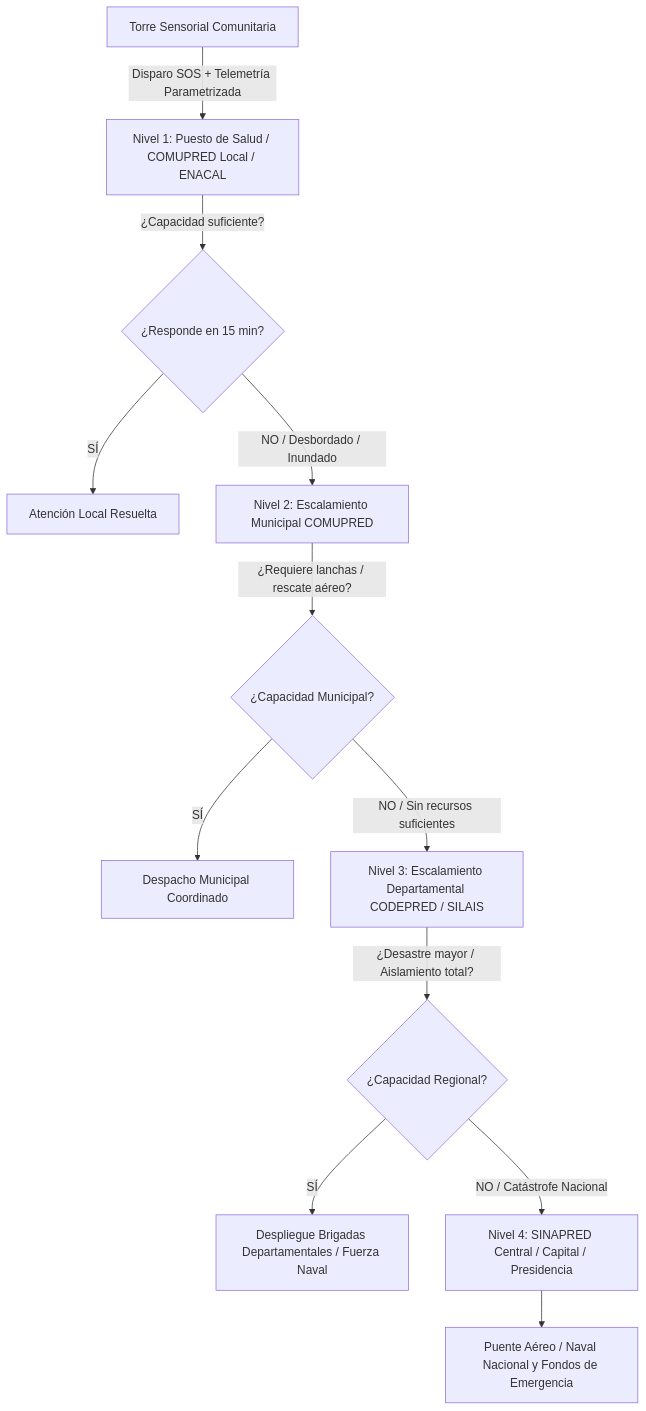
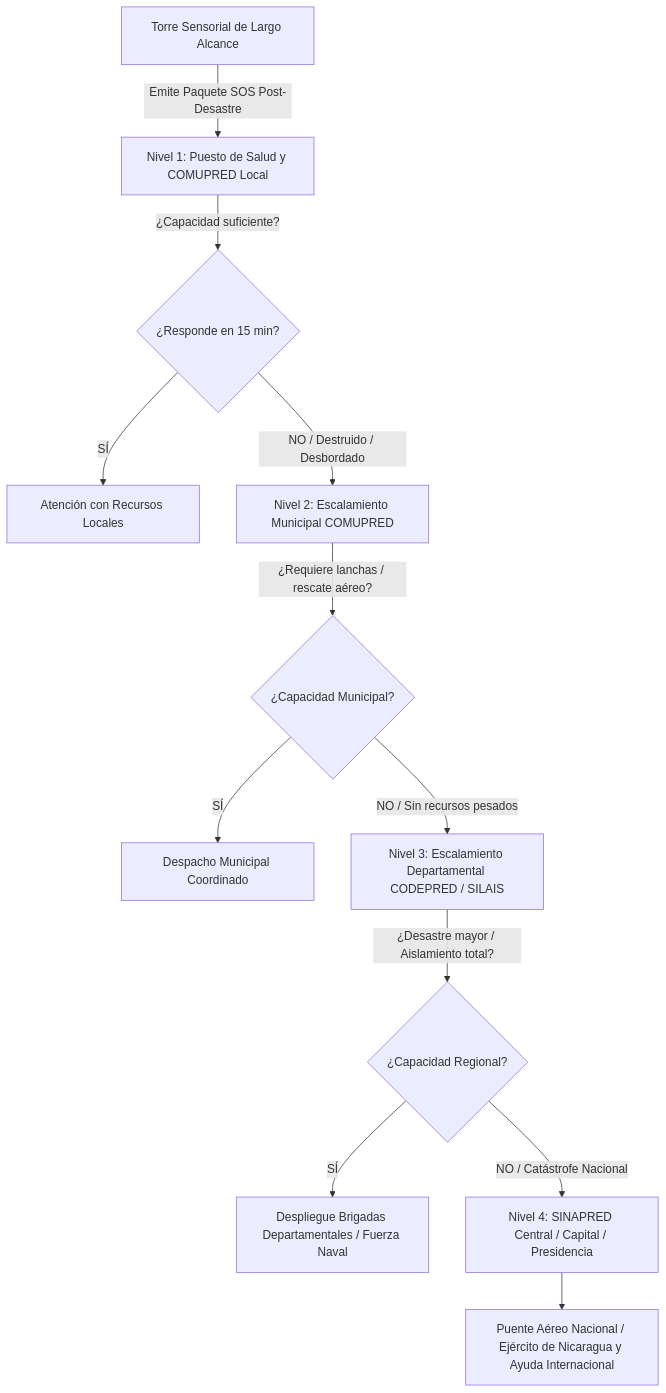
Before and after one commit to Gakilol/Rally-Latinoamericano: the diagram in PROPUESTA_TECNICA.md, drawn with Mermaid. The commit also changed other lines of this file and 1 other file, not shown here.

Commit message:
refactor: enfoque exclusivo al 100% en la Post-Emergencia (Desafio 9)

````diff
--- a/PROPUESTA_TECNICA.md
+++ b/PROPUESTA_TECNICA.md
@@ -125,18 +122,18 @@
 ```mermaid
 graph TD
-    T[Torre Sensorial Comunitaria] -->|Disparo SOS + Telemetría Parametrizada| L[Nivel 1: Puesto de Salud / COMUPRED Local / ENACAL]
+    T[Torre Sensorial de Largo Alcance] -->|Emite Paquete SOS Post-Desastre| L[Nivel 1: Puesto de Salud y COMUPRED Local]
     L -->|¿Capacidad suficiente?| D1{¿Responde en 15 min?}
     
-    D1 -->|SÍ| S1[Atención Local Resuelta]
-    D1 -->|NO / Desbordado / Inundado| M[Nivel 2: Escalamiento Municipal COMUPRED]
+    D1 -->|SÍ| S1[Atención con Recursos Locales]
+    D1 -->|NO / Destruido / Desbordado| M[Nivel 2: Escalamiento Municipal COMUPRED]
     
     M -->|¿Requiere lanchas / rescate aéreo?| D2{¿Capacidad Municipal?}
     D2 -->|SÍ| S2[Despacho Municipal Coordinado]
-    D2 -->|NO / Sin recursos suficientes| DEP[Nivel 3: Escalamiento Departamental CODEPRED / SILAIS]
+    D2 -->|NO / Sin recursos pesados| DEP[Nivel 3: Escalamiento Departamental CODEPRED / SILAIS]
     
     DEP -->|¿Desastre mayor / Aislamiento total?| D3{¿Capacidad Regional?}
     D3 -->|SÍ| S3[Despliegue Brigadas Departamentales / Fuerza Naval]
     D3 -->|NO / Catástrofe Nacional| CAP[Nivel 4: SINAPRED Central / Capital / Presidencia]
     
-    CAP --> S4[Puente Aéreo / Naval Nacional y Fondos de Emergencia]
+    CAP --> S4[Puente Aéreo Nacional / Ejército de Nicaragua y Ayuda Internacional]
 ```
````
